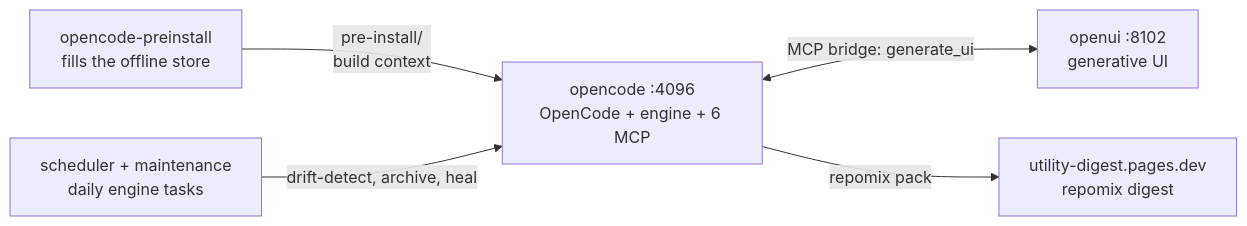
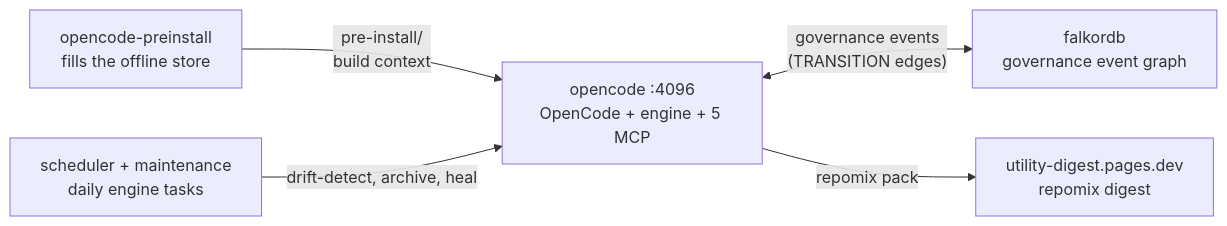
One commit to RizkiRachman/utility changed the first of 2 diagrams in README.md. Above: the diagram before and after it, drawn with Mermaid. The commit also changed other lines of this file and 28 other files, not shown here.

First line of the commit message:
feat(engine): GLM/HY-only model tiers, five-MCP surface, doc realignment (#141)

````diff
--- a/README.md
+++ b/README.md
@@ -33,12 +36,12 @@
 ```mermaid
 flowchart LR
-    OC["opencode :4096<br/>OpenCode + engine + 6 MCP"]
-    UI["openui :8102<br/>generative UI"]
+    OC["opencode :4096<br/>OpenCode + engine + 5 MCP"]
+    FK["falkordb<br/>governance event graph"]
     PRE["opencode-preinstall<br/>fills the offline store"]
     SCH["scheduler + maintenance<br/>daily engine tasks"]
     PAGES["utility-digest.pages.dev<br/>repomix digest"]
-    OC <-->|"MCP bridge: generate_ui"| UI
+    OC <-->|"governance events<br/>(TRANSITION edges)"| FK
     PRE -->|"pre-install/<br/>build context"| OC
     SCH -->|"drift-detect, archive, heal"| OC
     OC -->|"repomix pack"| PAGES
 ```
````
